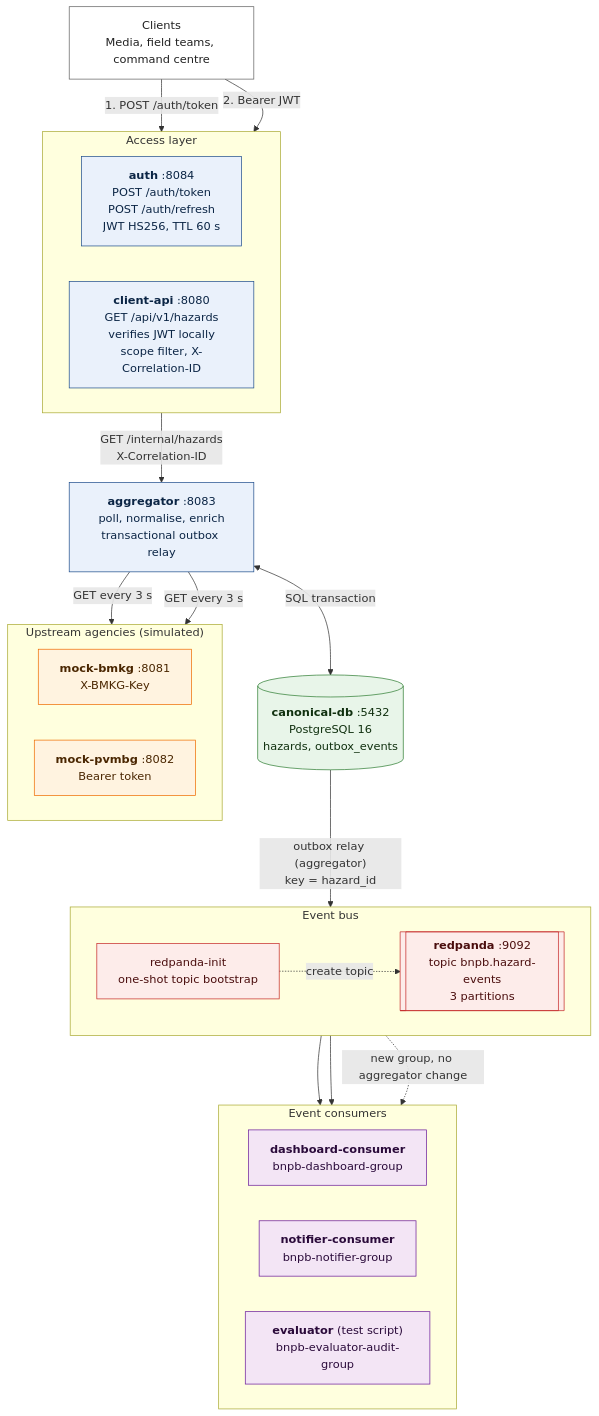
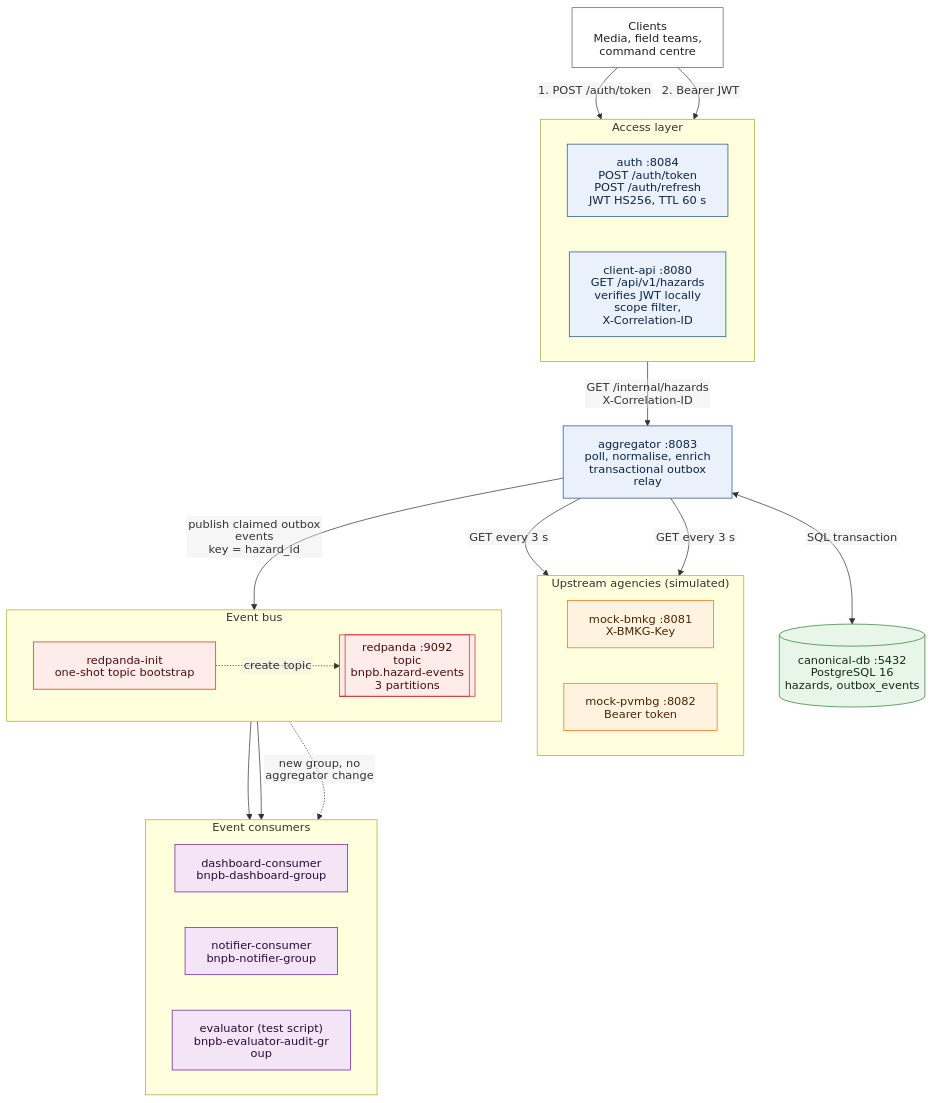
The diagram in README.md (Darsua/AAT), drawn with Mermaid before and after one commit. The commit also changed other lines of this file and 15 other files, not shown here.

````diff
--- a/README.md
+++ b/README.md
@@ -50,53 +50,54 @@
 ```mermaid
+%%{init: {"htmlLabels": false, "flowchart": {"htmlLabels": false}}}%%
 flowchart TB
     CLI["Clients<br/>Media, field teams, command centre"]:::actor
 
     subgraph GW["Access layer"]
         direction LR
-        AUTH["<b>auth</b> :8084<br/>POST /auth/token<br/>POST /auth/refresh<br/>JWT HS256, TTL 60 s"]:::svc
-        CAPI["<b>client-api</b> :8080<br/>GET /api/v1/hazards<br/>verifies JWT locally<br/>scope filter, X-Correlation-ID"]:::svc
+        AUTH["auth :8084<br/>POST /auth/token<br/>POST /auth/refresh<br/>JWT HS256, TTL 60 s"]:::svc
+        CAPI["client-api :8080<br/>GET /api/v1/hazards<br/>verifies JWT locally<br/>scope filter, X-Correlation-ID"]:::svc
     end
 
-    AGG["<b>aggregator</b> :8083<br/>poll, normalise, enrich<br/>transactional outbox relay"]:::svc
+    AGG["aggregator :8083<br/>poll, normalise, enrich<br/>transactional outbox relay"]:::svc
 
     subgraph UP["Upstream agencies (simulated)"]
         direction LR
-        BMKG["<b>mock-bmkg</b> :8081<br/>X-BMKG-Key"]:::ext
-        PVMBG["<b>mock-pvmbg</b> :8082<br/>Bearer token"]:::ext
+        BMKG["mock-bmkg :8081<br/>X-BMKG-Key"]:::ext
+        PVMBG["mock-pvmbg :8082<br/>Bearer token"]:::ext
     end
 
-    DB[("<b>canonical-db</b> :5432<br/>PostgreSQL 16<br/>hazards, outbox_events")]:::store
+    DB[("canonical-db :5432<br/>PostgreSQL 16<br/>hazards, outbox_events")]:::store
 
     subgraph BUS["Event bus"]
         direction LR
         INIT["redpanda-init<br/>one-shot topic bootstrap"]:::broker
-        RP[["<b>redpanda</b> :9092<br/>topic bnpb.hazard-events<br/>3 partitions"]]:::broker
+        RP[["redpanda :9092<br/>topic bnpb.hazard-events<br/>3 partitions"]]:::broker
     end
 
     subgraph CON["Event consumers"]
         direction LR
-        DASH["<b>dashboard-consumer</b><br/>bnpb-dashboard-group"]:::cons
-        NOTI["<b>notifier-consumer</b><br/>bnpb-notifier-group"]:::cons
-        AUDIT["<b>evaluator</b> (test script)<br/>bnpb-evaluator-audit-group"]:::cons
+        DASH["dashboard-consumer<br/>bnpb-dashboard-group"]:::cons
+        NOTI["notifier-consumer<br/>bnpb-notifier-group"]:::cons
+        AUDIT["evaluator (test script)<br/>bnpb-evaluator-audit-group"]:::cons
     end
 
     CLI -->|"1. POST /auth/token"| AUTH
     CLI -->|"2. Bearer JWT"| CAPI
     CAPI -->|"GET /internal/hazards<br/>X-Correlation-ID"| AGG
     AGG -->|"GET every 3 s"| BMKG
     AGG -->|"GET every 3 s"| PVMBG
     AGG <-->|"SQL transaction"| DB
-    DB -->|"outbox relay (aggregator)<br/>key = hazard_id"| RP
+    AGG -->|"publish claimed outbox events<br/>key = hazard_id"| RP
     INIT -.->|"create topic"| RP
     RP --> DASH
     RP --> NOTI
     RP -.->|"new group, no aggregator change"| AUDIT
 
     classDef svc fill:#eaf1fb,stroke:#1f4e8c,color:#0b2545
     classDef store fill:#e8f5e9,stroke:#2e7d32,color:#10300f
     classDef broker fill:#fdecea,stroke:#c62828,color:#4a0d0d
     classDef ext fill:#fff3e0,stroke:#ef6c00,color:#4a2600
     classDef cons fill:#f3e5f5,stroke:#6a1b9a,color:#2a0a3a
     classDef actor fill:#ffffff,stroke:#616161,color:#212121
     classDef plan fill:#f5f5f5,stroke:#9e9e9e,stroke-dasharray:4 3,color:#424242
 ```
````
